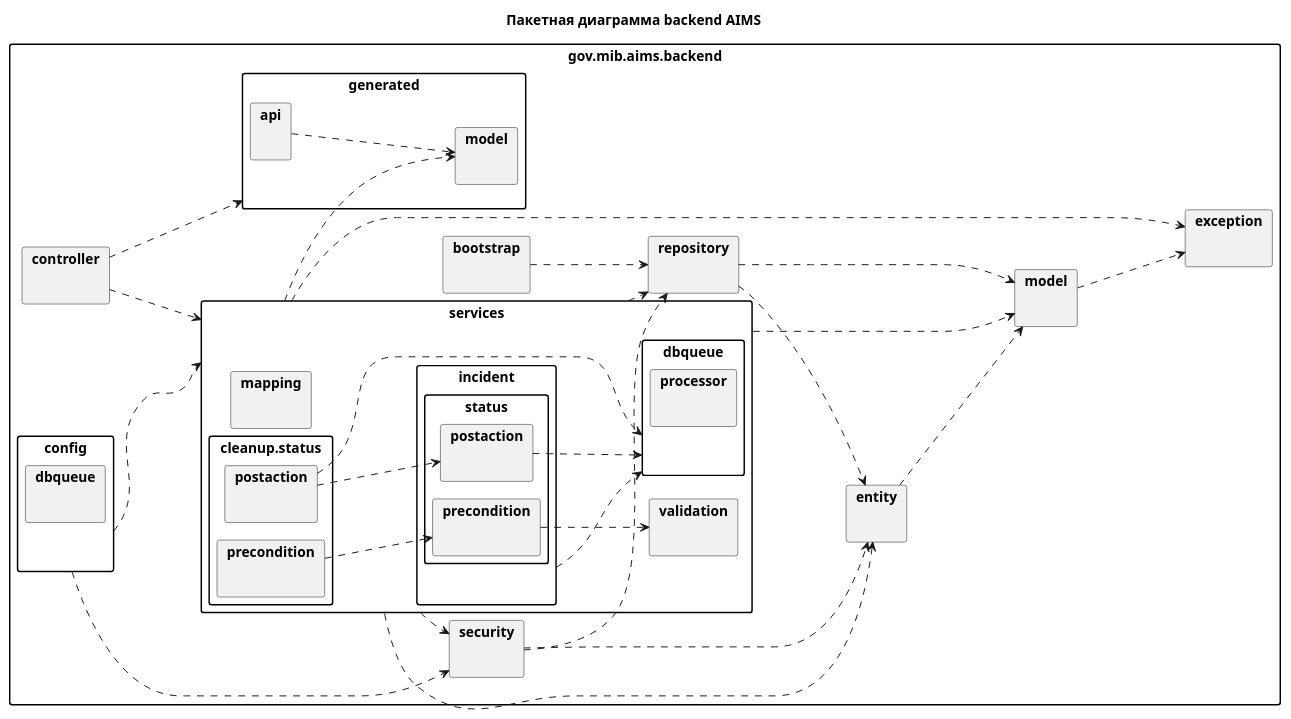
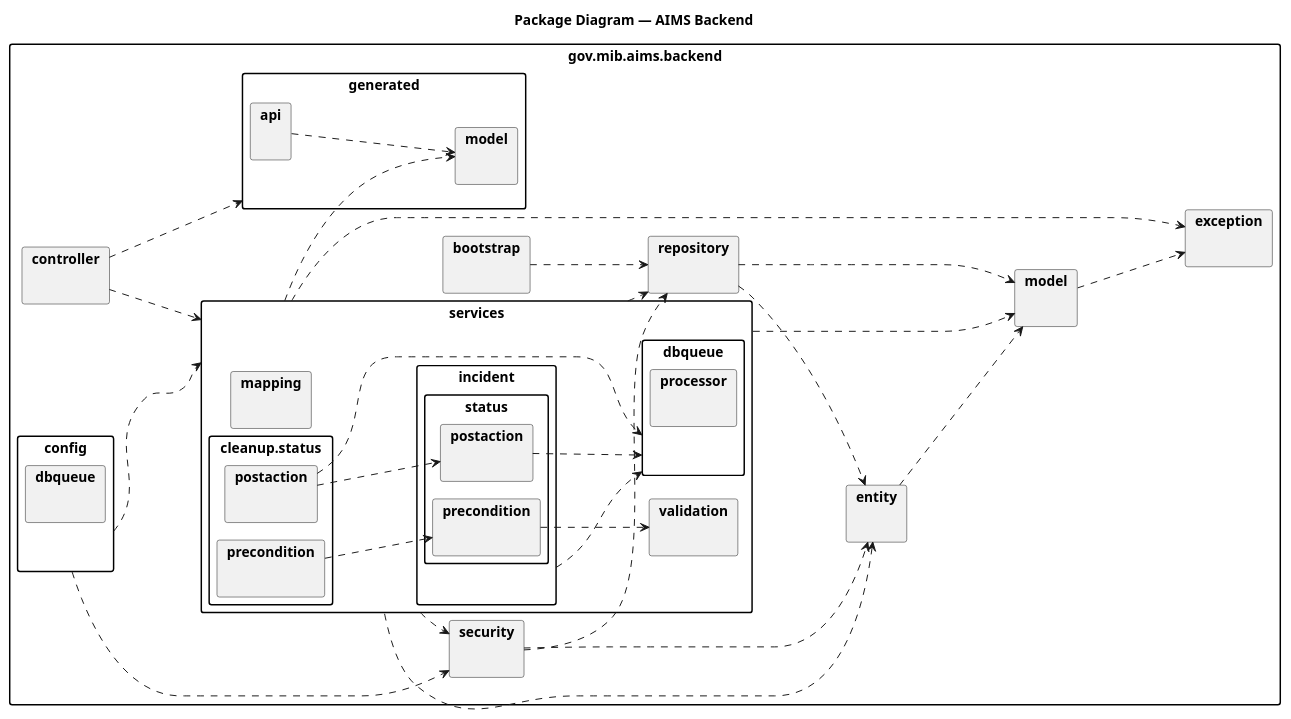
Before and after one commit to Andryss/AIMS: the diagram in docs/package.md, drawn with PlantUML. The commit also changed 31 other files, not shown here.

````diff
--- a/docs/package.md
+++ b/docs/package.md
@@ -3,7 +3,7 @@
 ```plantuml
 @startuml aims_backend_packages
 !pragma layout smetana
-title Пакетная диаграмма backend AIMS
+title Package Diagram — AIMS Backend
 
 skinparam linetype ortho
 skinparam shadowing false
````
